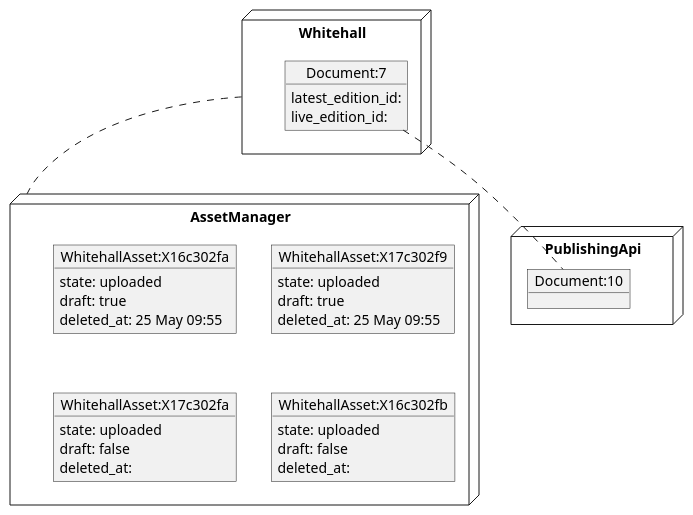
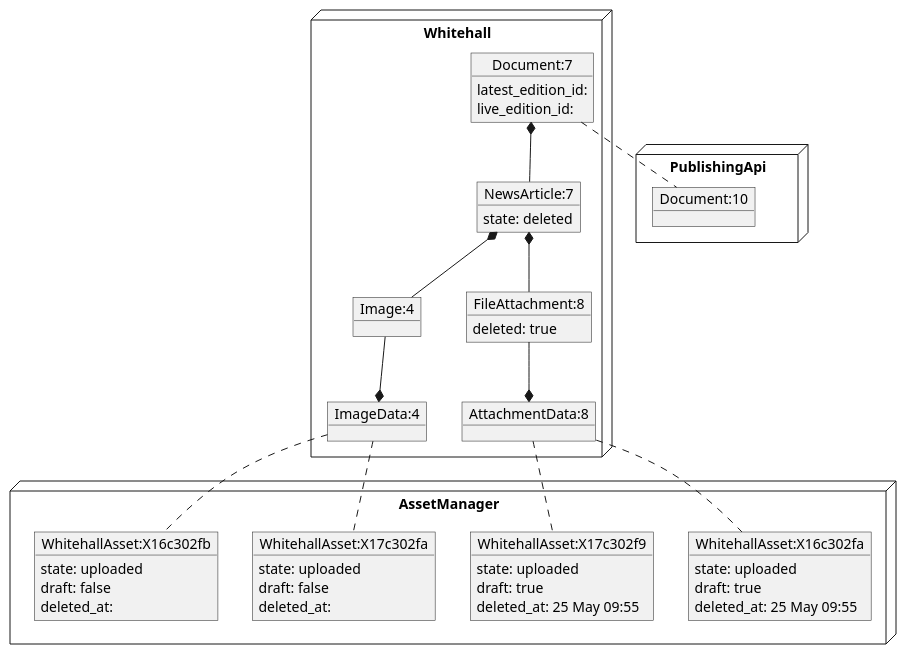
One commit to alphagov/whitehall changed the diagram in docs/diagrams/asset_management/asset_scenarios/unpublish_doc_with_attachments/2_delete_draft.puml. Above: the diagram before and after it, drawn with PlantUML. The commit also changed 3 other files, not shown here.

```diff
--- a/docs/diagrams/asset_management/asset_scenarios/unpublish_doc_with_attachments/2_delete_draft.puml
+++ b/docs/diagrams/asset_management/asset_scenarios/unpublish_doc_with_attachments/2_delete_draft.puml
@@ -1,47 +1,74 @@
 @startuml
 node Whitehall {
 object "Document:7" as Document_7 {
   latest_edition_id:
   live_edition_id:
 }
+
+together {
+object "NewsArticle:7"  as NewsArticle_7 {
+  state: deleted
+}
+Document_7 *-- NewsArticle_7
+object "FileAttachment:8" as FileAttachment_8 {
+  deleted: true
+}
+NewsArticle_7 *-- FileAttachment_8
+object "Image:4" as Image_4 {
+}
+NewsArticle_7 *-- Image_4
+}
+object "AttachmentData:8" as AttachmentData_8 {
+}
+AttachmentData_8 *-u- FileAttachment_8
+object "ImageData:4" as ImageData_4 {
+}
+ImageData_4 *-u- Image_4
+
+
 }
 
 
 
 node PublishingApi {
 object "Document:10" as pubapi_Document_10 {
 }
 }
 
 
 
 node AssetManager {
+together {
 object "WhitehallAsset:X16c302fa" as am_WhitehallAsset_X16c302fa {
   state: uploaded
   draft: true
   deleted_at: 25 May 09:55
 }
 object "WhitehallAsset:X17c302f9" as am_WhitehallAsset_X17c302f9 {
   state: uploaded
   draft: true
   deleted_at: 25 May 09:55
 }
 }
 
-node AssetManager {
+together {
 object "WhitehallAsset:X17c302fa" as am_WhitehallAsset_X17c302fa {
   state: uploaded
   draft: false
   deleted_at:
 }
 object "WhitehallAsset:X16c302fb" as am_WhitehallAsset_X16c302fb {
   state: uploaded
   draft: false
   deleted_at:
 }
 }
+}
 
 Document_7 .. pubapi_Document_10
-Whitehall .. AssetManager
+ImageData_4 .. am_WhitehallAsset_X17c302fa
+ImageData_4 .. am_WhitehallAsset_X16c302fb
+AttachmentData_8 .. am_WhitehallAsset_X16c302fa
+AttachmentData_8 .. am_WhitehallAsset_X17c302f9
 
 @enduml
```
